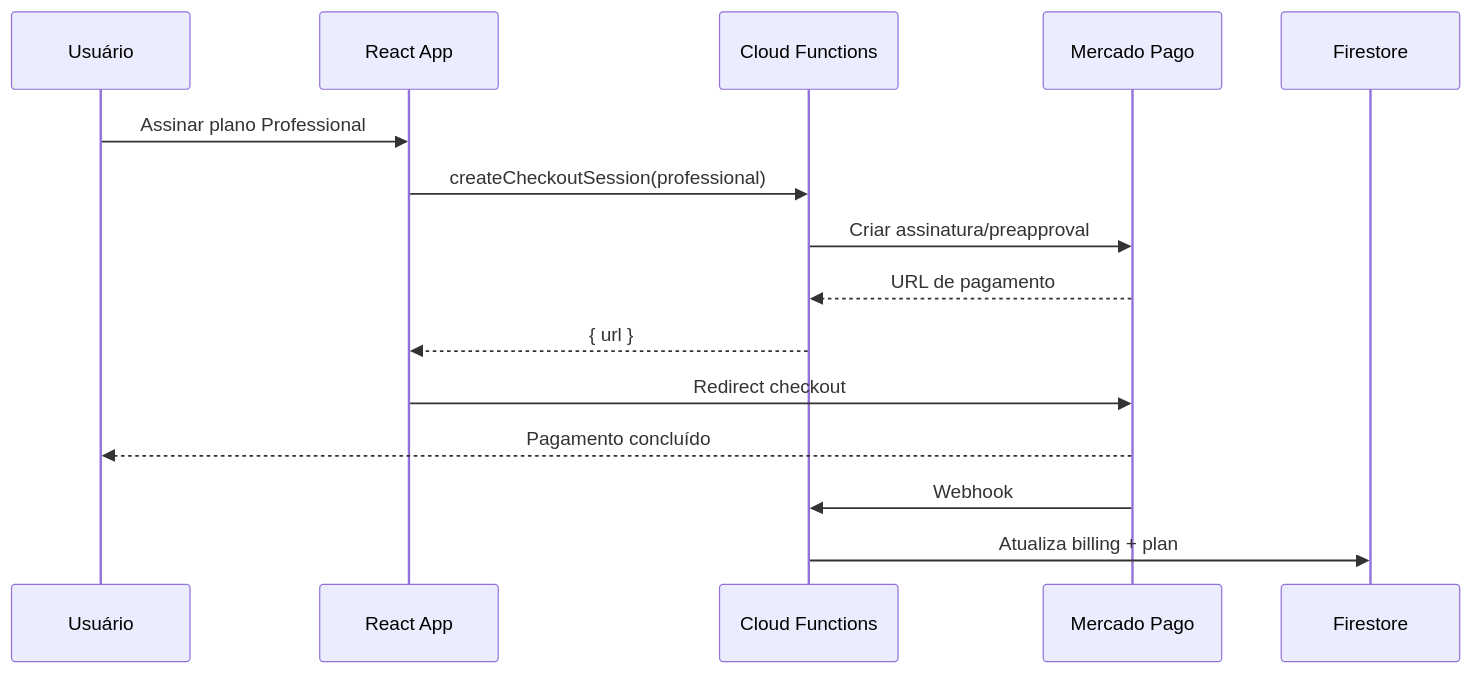
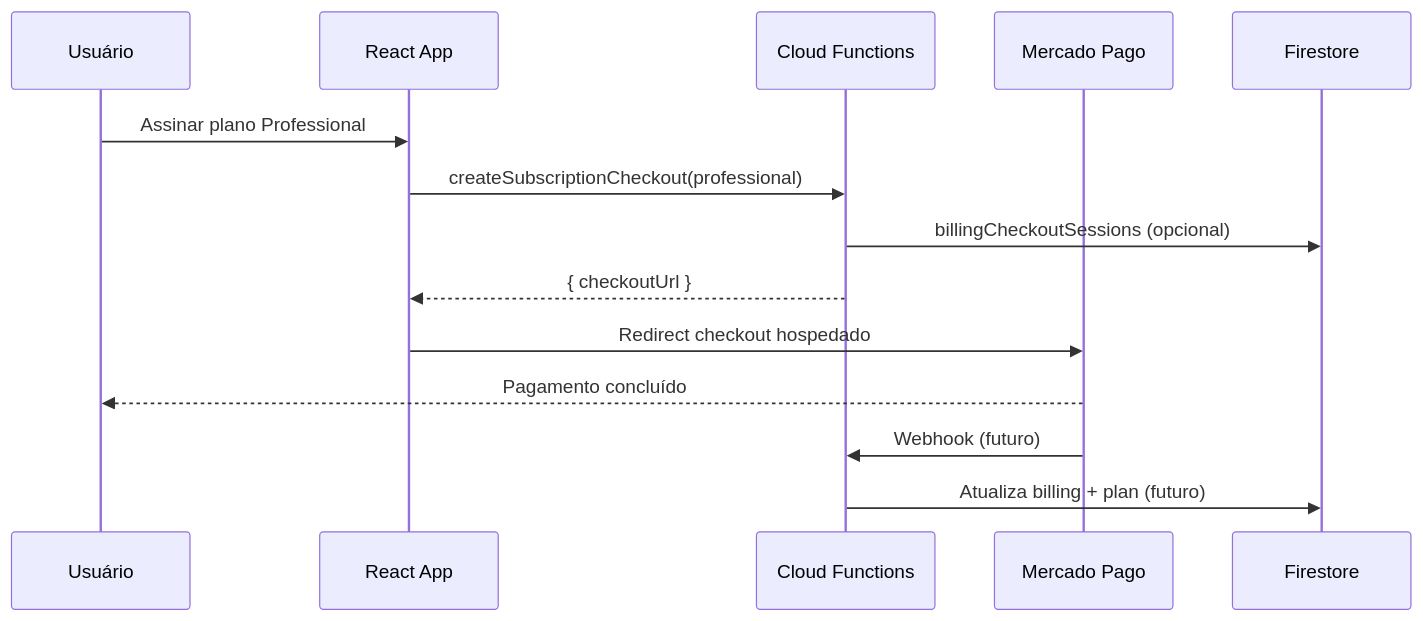
Before and after one commit to eutiagovski/fivi360: the diagram in docs/mercado-pago-billing-plan.md, drawn with Mermaid. The commit also changed other lines of this file and 35 other files, not shown here.

Commit message:
implementa primera etapa de pagamento: link checkout, checkout

````diff
--- a/docs/mercado-pago-billing-plan.md
+++ b/docs/mercado-pago-billing-plan.md
@@ -61,18 +69,17 @@
 ```mermaid
 sequenceDiagram
   participant U as Usuário
   participant App as React App
   participant CF as Cloud Functions
   participant MP as Mercado Pago
   participant FS as Firestore
 
   U->>App: Assinar plano Professional
-  App->>CF: createCheckoutSession(professional)
-  CF->>MP: Criar assinatura/preapproval
-  MP-->>CF: URL de pagamento
-  CF-->>App: { url }
-  App->>MP: Redirect checkout
+  App->>CF: createSubscriptionCheckout(professional)
+  CF->>FS: billingCheckoutSessions (opcional)
+  CF-->>App: { checkoutUrl }
+  App->>MP: Redirect checkout hospedado
   MP-->>U: Pagamento concluído
-  MP->>CF: Webhook
-  CF->>FS: Atualiza billing + plan
+  MP->>CF: Webhook (futuro)
+  CF->>FS: Atualiza billing + plan (futuro)
 ```
````
